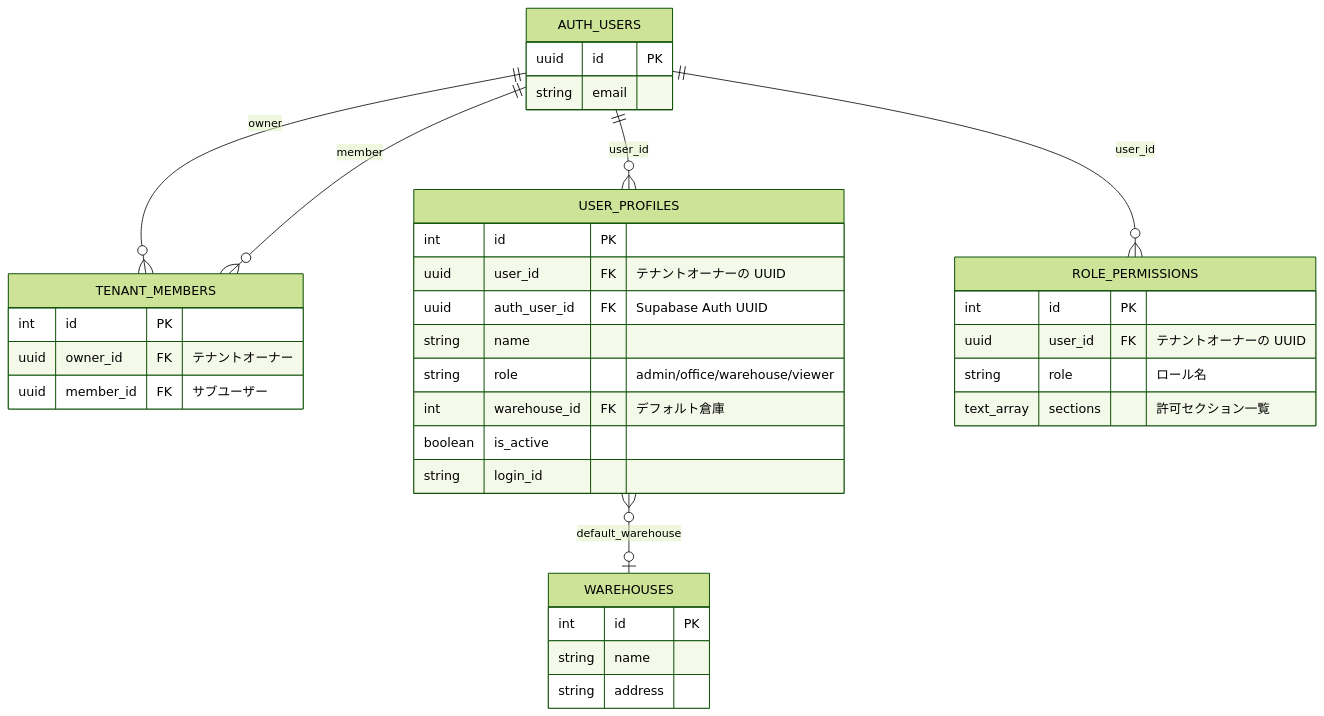
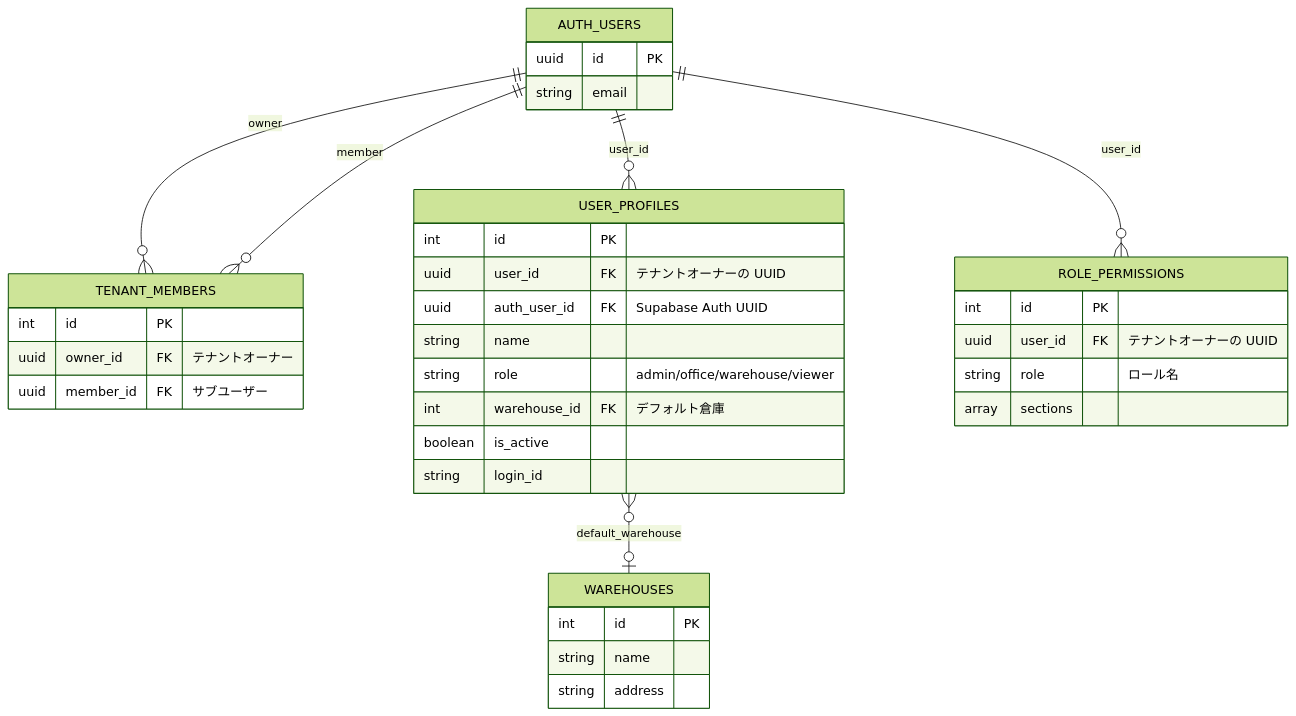
The fifth of 5 diagrams in docs/er-diagram.md (naoki3/order-assist), drawn with Mermaid (forest theme) before and after one commit. The commit also changed other lines of this file, not shown here.

First line of the commit message:
docs: fix Mermaid erDiagram parse errors (#164)

````diff
--- a/docs/er-diagram.md
+++ b/docs/er-diagram.md
@@ -536,44 +536,44 @@
 ```mermaid
 erDiagram
 
     AUTH_USERS {
         uuid id PK
         string email
     }
 
     TENANT_MEMBERS {
         int id PK
         uuid owner_id FK "テナントオーナー"
         uuid member_id FK "サブユーザー"
     }
 
     USER_PROFILES {
         int id PK
         uuid user_id FK "テナントオーナーの UUID"
         uuid auth_user_id FK "Supabase Auth UUID"
         string name
         string role "admin/office/warehouse/viewer"
         int warehouse_id FK "デフォルト倉庫"
         boolean is_active
         string login_id
     }
 
     ROLE_PERMISSIONS {
         int id PK
         uuid user_id FK "テナントオーナーの UUID"
         string role "ロール名"
-        text_array sections "許可セクション一覧"
+        array sections
     }
 
     WAREHOUSES {
         int id PK
         string name
         string address
     }
 
     AUTH_USERS ||--o{ TENANT_MEMBERS : "owner"
     AUTH_USERS ||--o{ TENANT_MEMBERS : "member"
     AUTH_USERS ||--o{ USER_PROFILES : "user_id"
     AUTH_USERS ||--o{ ROLE_PERMISSIONS : "user_id"
     USER_PROFILES }o--o| WAREHOUSES : "default_warehouse"
 ```
````
